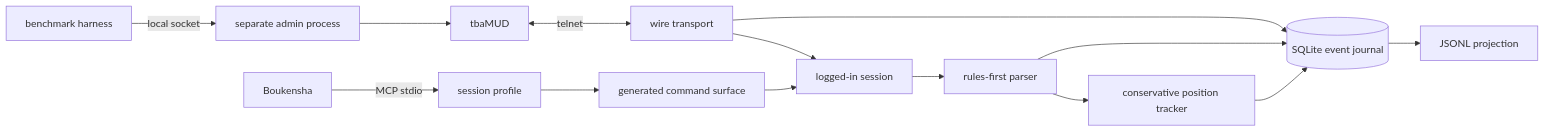
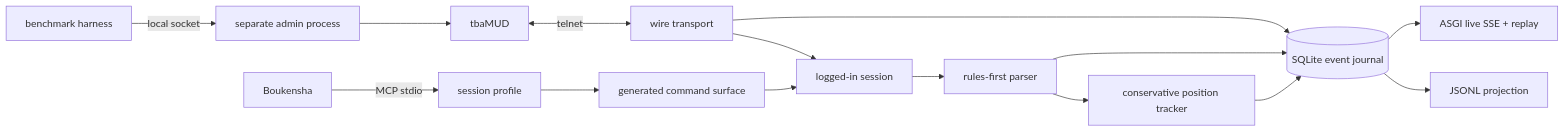
One commit to IbnouT/claude-code-camp-2026-Q2 changed the diagram in week2_capable/gateway/README.md. Above: the diagram before and after it, drawn with Mermaid. The commit also changed other lines of this file and 6 other files, not shown here.

Commit message:
Add gateway live replay

````diff
--- a/week2_capable/gateway/README.md
+++ b/week2_capable/gateway/README.md
@@ -7,16 +7,17 @@
 ```mermaid
 flowchart LR
     G["tbaMUD"] <-- telnet --> W["wire transport"]
     W --> S["logged-in session"]
     W --> J[("SQLite event journal")]
     S --> O["rules-first parser"]
     O --> T["conservative position tracker"]
     O --> J
     T --> J
+    J --> V["ASGI live SSE + replay"]
     J --> X["JSONL projection"]
     A["Boukensha"] -- MCP stdio --> P["session profile"]
     P --> M["generated command surface"]
     M --> S
     B["benchmark harness"] -- local socket --> R["separate admin process"]
     R --> G
 ```
````
